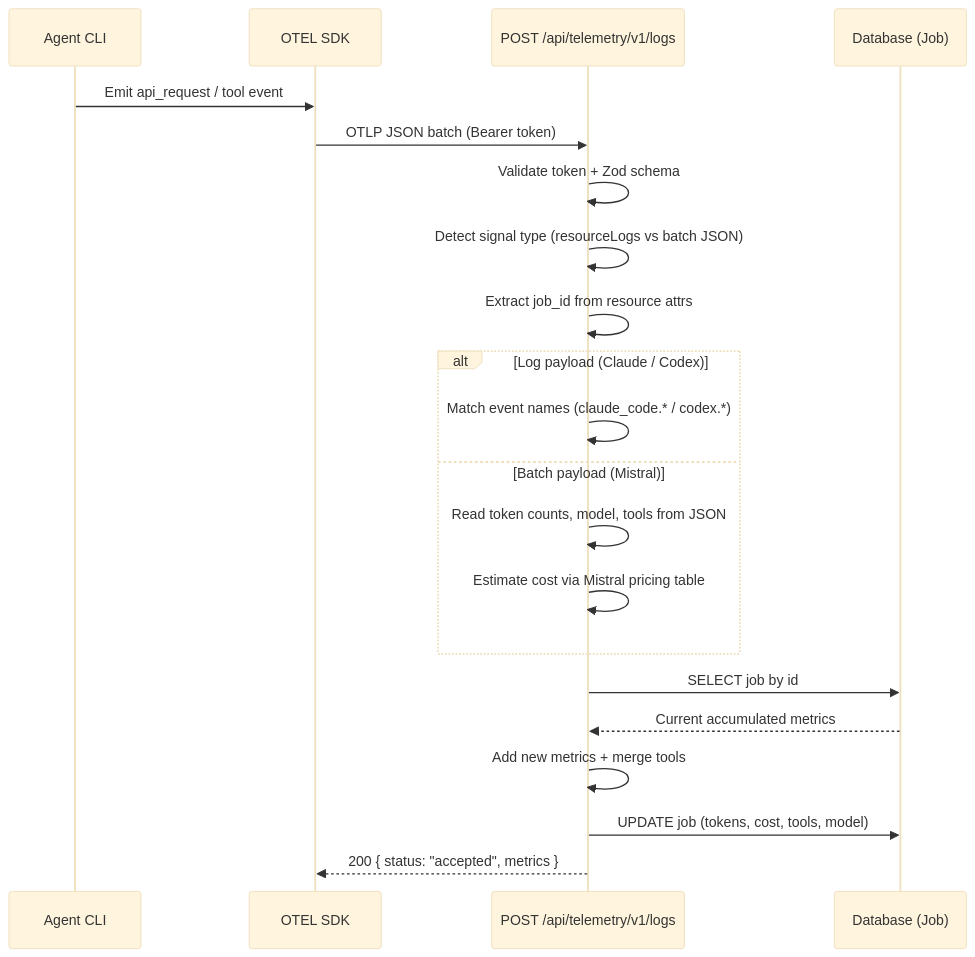
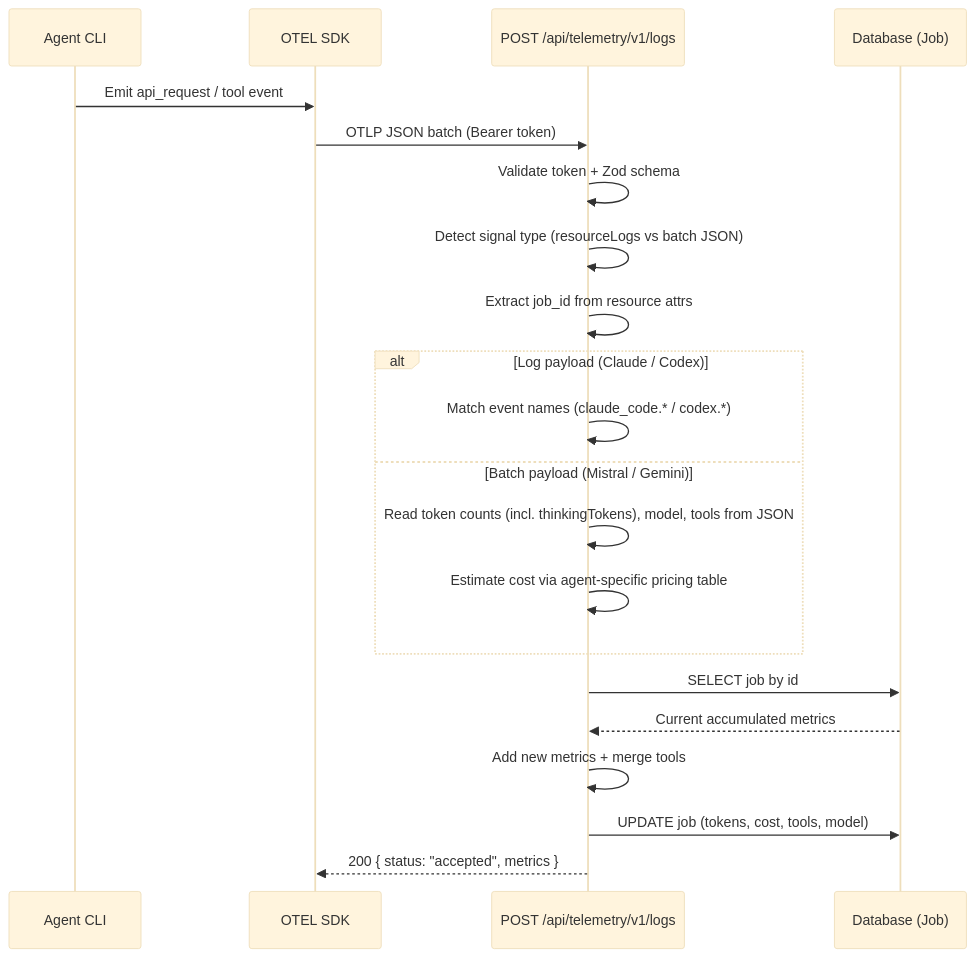
Before and after one commit to bfernandez31/ai-board: the second of 3 diagrams in specs/specifications/technical/api/endpoints.md, drawn with Mermaid (base theme). The commit also changed other lines of this file and 3 other files, not shown here.

````diff
--- a/specs/specifications/technical/api/endpoints.md
+++ b/specs/specifications/technical/api/endpoints.md
@@ -3260,24 +3289,24 @@
 ```mermaid
 sequenceDiagram
     participant AG as Agent CLI
     participant OT as OTEL SDK
     participant EP as POST /api/telemetry/v1/logs
     participant DB as Database (Job)
 
     AG->>OT: Emit api_request / tool event
     OT->>EP: OTLP JSON batch (Bearer token)
     EP->>EP: Validate token + Zod schema
     EP->>EP: Detect signal type (resourceLogs vs batch JSON)
     EP->>EP: Extract job_id from resource attrs
     alt Log payload (Claude / Codex)
         EP->>EP: Match event names (claude_code.* / codex.*)
-    else Batch payload (Mistral)
-        EP->>EP: Read token counts, model, tools from JSON
-        EP->>EP: Estimate cost via Mistral pricing table
+    else Batch payload (Mistral / Gemini)
+        EP->>EP: Read token counts (incl. thinkingTokens), model, tools from JSON
+        EP->>EP: Estimate cost via agent-specific pricing table
     end
     EP->>DB: SELECT job by id
     DB-->>EP: Current accumulated metrics
     EP->>EP: Add new metrics + merge tools
     EP->>DB: UPDATE job (tokens, cost, tools, model)
     EP-->>OT: 200 { status: "accepted", metrics }
 ```
````
